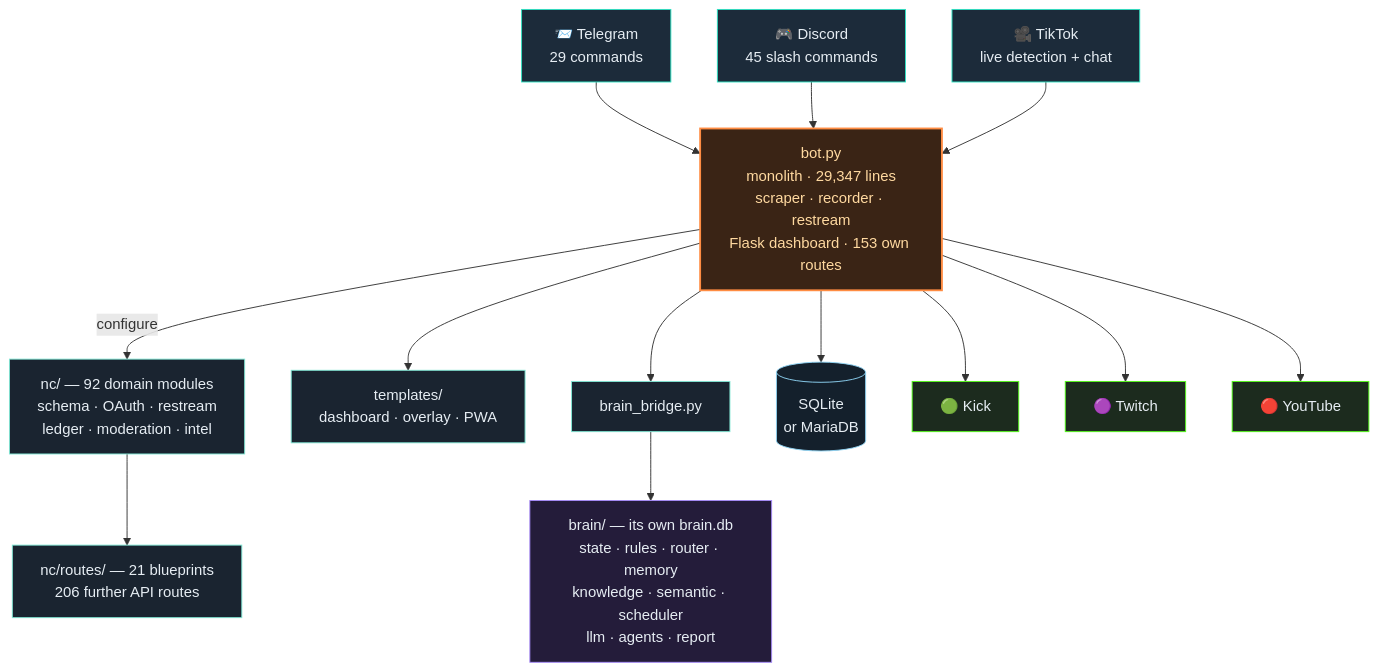
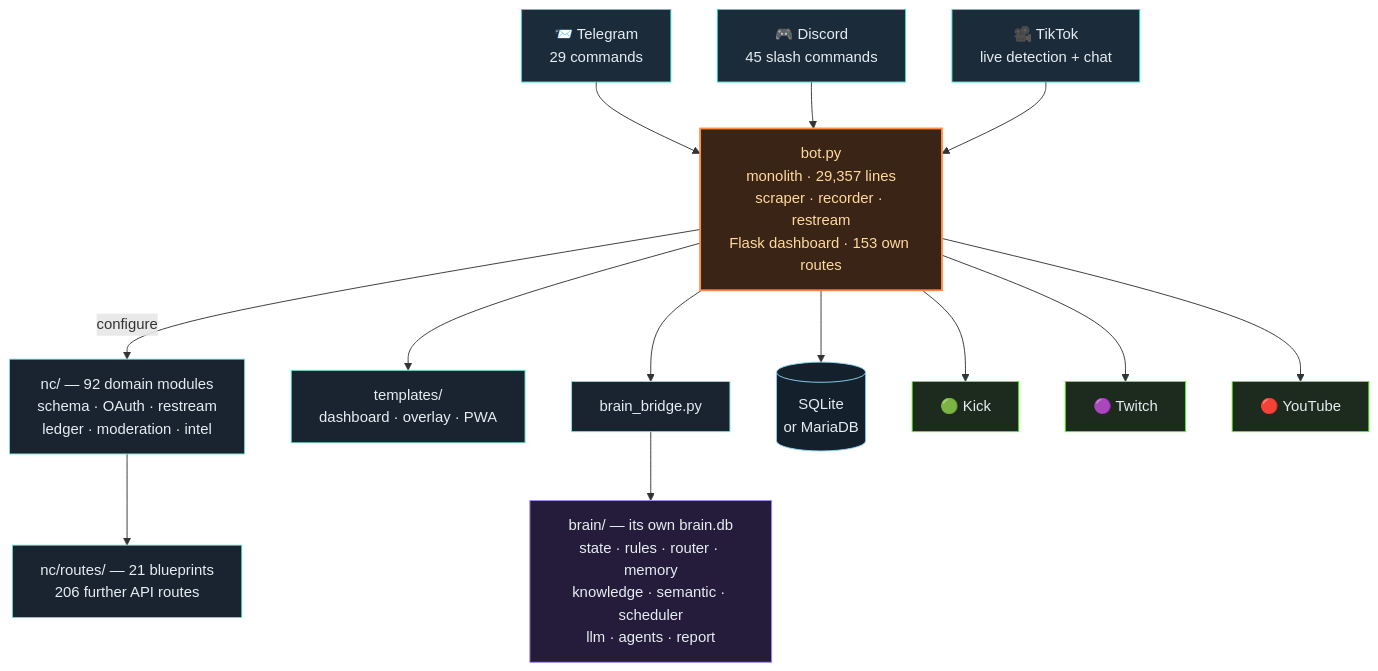
One commit to itsamemedev/Telegram-Stream-Info-Bot changed the third of 4 diagrams in README.en.md. Above: the diagram before and after it, drawn with Mermaid. The commit also changed other lines of this file and 9 other files, not shown here.

````diff
--- a/README.en.md
+++ b/README.en.md
@@ -190,30 +190,30 @@
 ```mermaid
 flowchart TB
     TG["📨 Telegram<br/>29 commands"]:::ein
     DC["🎮 Discord<br/>45 slash commands"]:::ein
     TT["🎥 TikTok<br/>live detection + chat"]:::ein
 
     TG --> BOT
     DC --> BOT
     TT --> BOT
 
-    BOT["bot.py<br/>monolith · 29,347 lines<br/>scraper · recorder · restream<br/>Flask dashboard · 153 own routes"]:::core
+    BOT["bot.py<br/>monolith · 29,357 lines<br/>scraper · recorder · restream<br/>Flask dashboard · 153 own routes"]:::core
 
     BOT -->|configure| NC["nc/ — 92 domain modules<br/>schema · OAuth · restream<br/>ledger · moderation · intel"]:::lib
     NC --> RT["nc/routes/ — 21 blueprints<br/>206 further API routes"]:::lib
     BOT --> TPL["templates/<br/>dashboard · overlay · PWA"]:::lib
     BOT --> BR["brain_bridge.py"]:::lib
     BR --> BRAIN["brain/ — its own brain.db<br/>state · rules · router · memory<br/>knowledge · semantic · scheduler<br/>llm · agents · report"]:::brain
     BOT --> DB[("SQLite<br/>or MariaDB")]:::db
 
     BOT --> KICK["🟢 Kick"]:::out
     BOT --> TW["🟣 Twitch"]:::out
     BOT --> YT["🔴 YouTube"]:::out
 
     classDef ein fill:#1c2b3a,stroke:#2de1c2,color:#e6edf3
     classDef core fill:#3a2415,stroke:#ff8c42,stroke-width:2px,color:#ffd9a0
     classDef lib fill:#1a2430,stroke:#7fe7d4,color:#e6edf3
     classDef brain fill:#241c3a,stroke:#a78bfa,color:#e6edf3
     classDef db fill:#14202c,stroke:#8fd3f4,color:#e6edf3
     classDef out fill:#1c2b1e,stroke:#53fc18,color:#e6edf3
 ```
````
